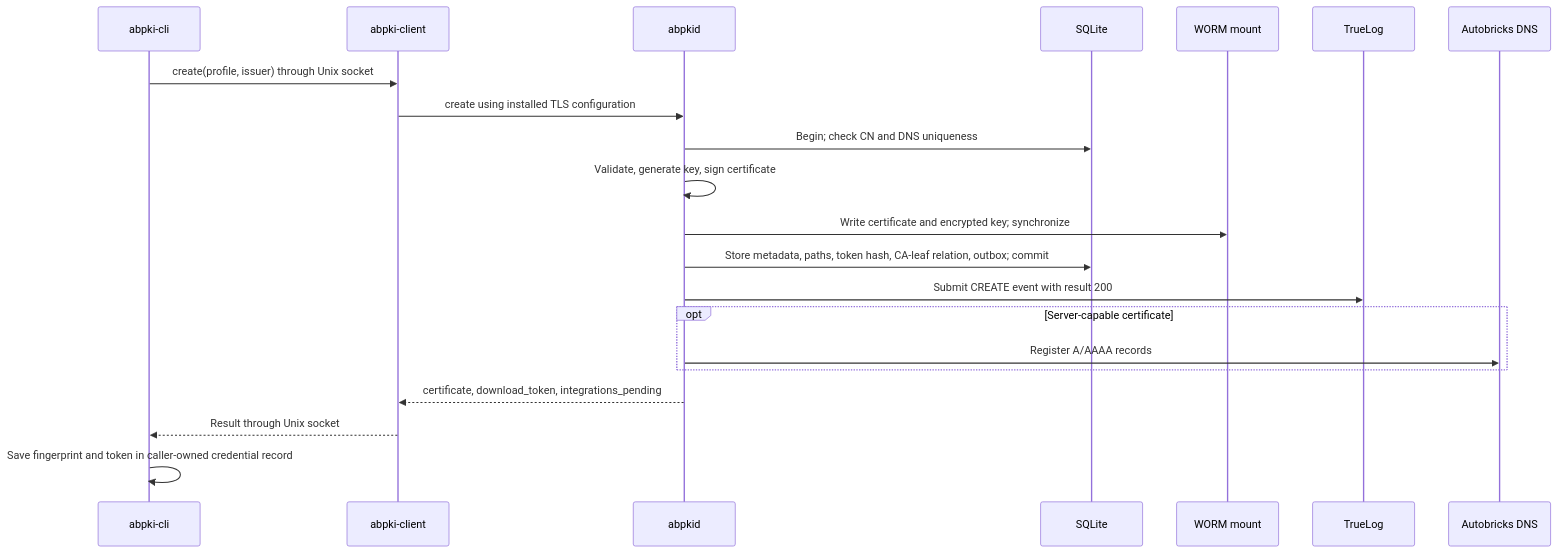
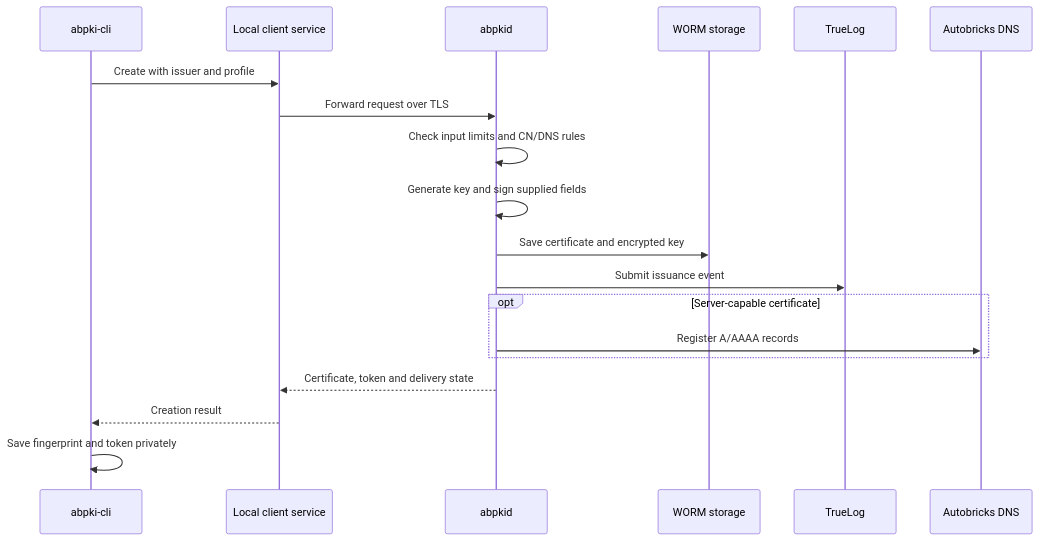
One commit to pregene/autobricks-pki changed the diagram in LEAF-CREATE.md. Above: the diagram before and after it, drawn with Mermaid. The commit also changed other lines of this file and 23 other files, not shown here.

````diff
--- a/LEAF-CREATE.md
+++ b/LEAF-CREATE.md
@@ -74,23 +70,21 @@
 ```mermaid
 sequenceDiagram
     participant Client as abpki-cli
-    participant Local as abpki-client
+    participant Local as Local client service
     participant PKI as abpkid
-    participant DB as SQLite
-    participant WORM as WORM mount
+    participant WORM as WORM storage
     participant Log as TrueLog
     participant DNS as Autobricks DNS
-    Client->>Local: create(profile, issuer) through Unix socket
-    Local->>PKI: create using installed TLS configuration
-    PKI->>DB: Begin#59; check CN and DNS uniqueness
-    PKI->>PKI: Validate, generate key, sign certificate
-    PKI->>WORM: Write certificate and encrypted key#59; synchronize
-    PKI->>DB: Store metadata, paths, token hash, CA-leaf relation, outbox#59; commit
-    PKI->>Log: Submit CREATE event with result 200
+    Client->>Local: Create with issuer and profile
+    Local->>PKI: Forward request over TLS
+    PKI->>PKI: Check input limits and CN/DNS rules
+    PKI->>PKI: Generate key and sign supplied fields
+    PKI->>WORM: Save certificate and encrypted key
+    PKI->>Log: Submit issuance event
     opt Server-capable certificate
         PKI->>DNS: Register A/AAAA records
     end
-    PKI-->>Local: certificate, download_token, integrations_pending
-    Local-->>Client: Result through Unix socket
-    Client->>Client: Save fingerprint and token in caller-owned credential record
+    PKI-->>Local: Certificate, token and delivery state
+    Local-->>Client: Creation result
+    Client->>Client: Save fingerprint and token privately
 ```
````
